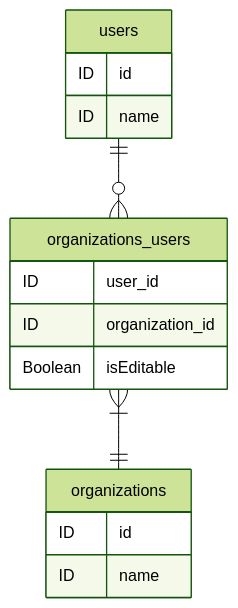
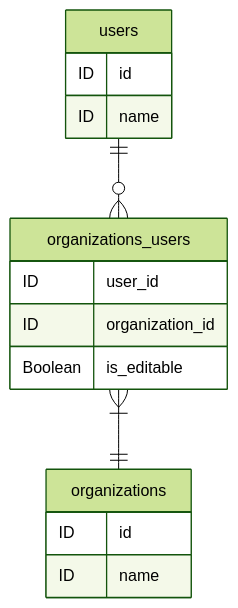
One commit to funteractive-inc/iju-docs changed the diagram in docs/entities/users/index.md. Above: the diagram before and after it, drawn with Mermaid (forest theme).

Commit message:
fix snake_case

````diff
--- a/docs/entities/users/index.md
+++ b/docs/entities/users/index.md
@@ -1,19 +1,19 @@
 ```mermaid
 erDiagram
   users ||--o{organizations_users : ""
   organizations_users }|--||organizations : ""
 
   users {
     ID id
     ID name
   }
   organizations {
     ID id
     ID name
   }
   organizations_users {
     ID user_id
     ID organization_id
-    Boolean isEditable
+    Boolean is_editable
   }
 ```
````
